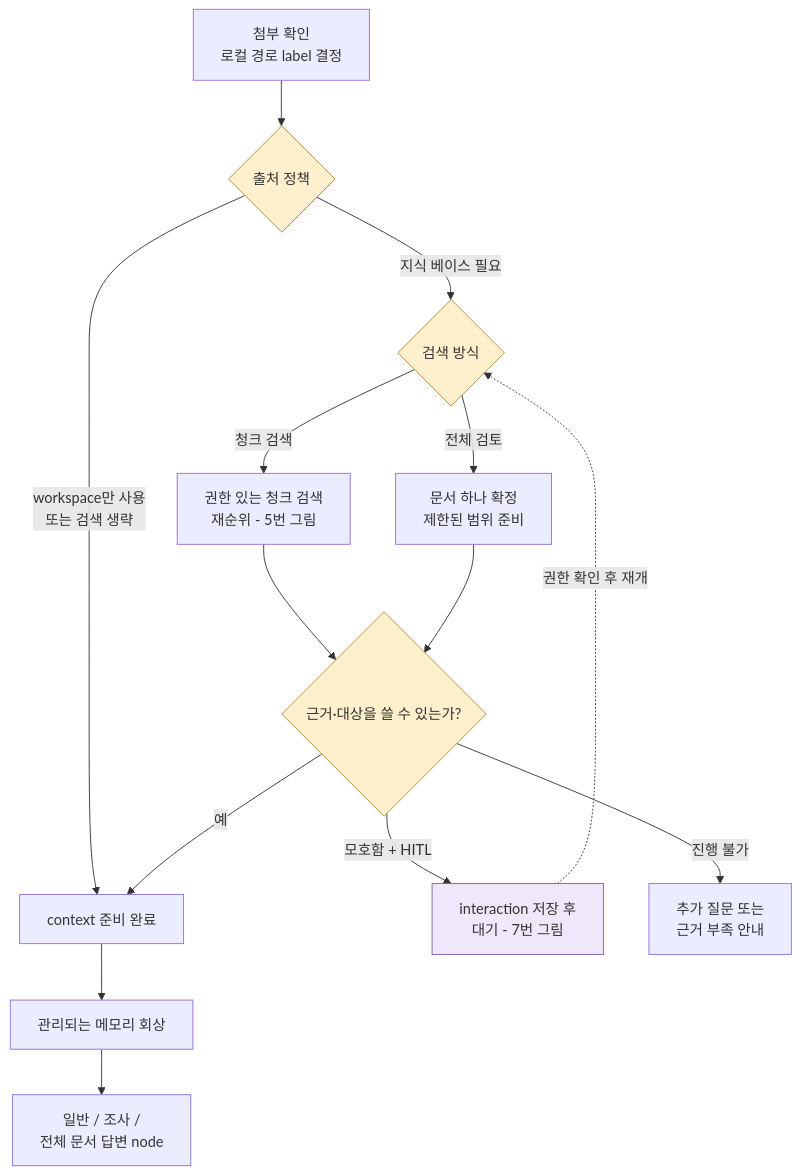
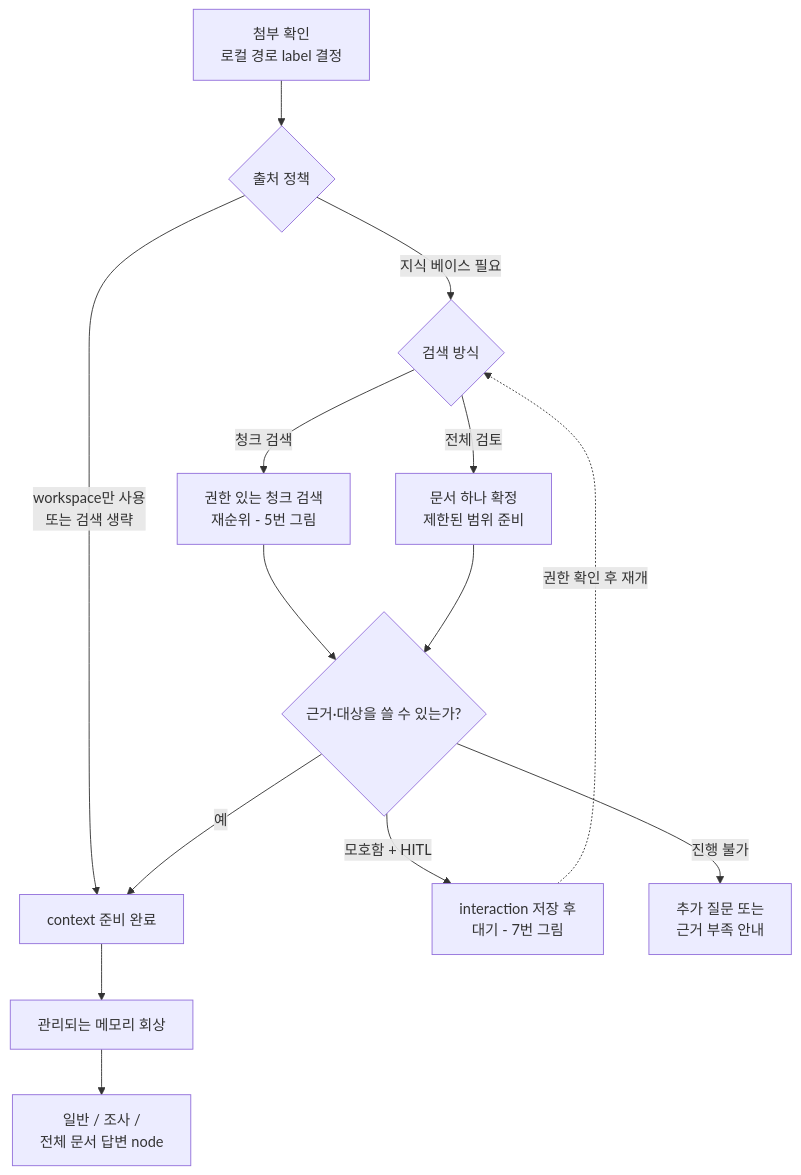
Before and after one commit to heecheon92/my-agents: the fourth of 9 diagrams in docs/product-chat-service/38-message-to-answer-service-flow.ko.md, drawn with Mermaid. The commit also changed other lines of this file and 19 other files, not shown here.

Commit message:
docs: improve service flow diagram contrast across themes

````diff
--- a/docs/product-chat-service/38-message-to-answer-service-flow.ko.md
+++ b/docs/product-chat-service/38-message-to-answer-service-flow.ko.md
@@ -202,20 +188,16 @@
 ```mermaid
 flowchart TB
     Files["첨부 확인<br/>로컬 경로 label 결정"] --> Gate{"출처 정책"}
     Gate -->|"workspace만 사용<br/>또는 검색 생략"| Ready["context 준비 완료"]
     Gate -->|"지식 베이스 필요"| Method{"검색 방식"}
     Method -->|"청크 검색"| Focus["권한 있는 청크 검색<br/>재순위 - 5번 그림"]
     Method -->|"전체 검토"| Whole["문서 하나 확정<br/>제한된 범위 준비"]
     Focus --> Check{"근거·대상을 쓸 수 있는가?"}
     Whole --> Check
     Check -->|"예"| Ready
     Check -->|"모호함 + HITL"| Wait["interaction 저장 후<br/>대기 - 7번 그림"]
     Wait -.->|"권한 확인 후 재개"| Method
     Check -->|"진행 불가"| Safe["추가 질문 또는<br/>근거 부족 안내"]
     Ready --> Recall["관리되는 메모리 회상"]
     Recall --> Answer["일반 / 조사 /<br/>전체 문서 답변 node"]
-    classDef decision fill:#fff0cd,stroke:#ad8939
-    classDef wait fill:#eee8fa,stroke:#8060a6
-    class Gate,Method,Check decision
-    class Wait wait
 ```
````
